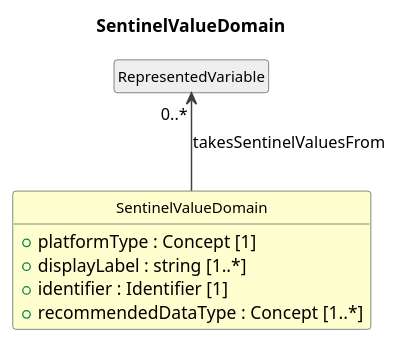
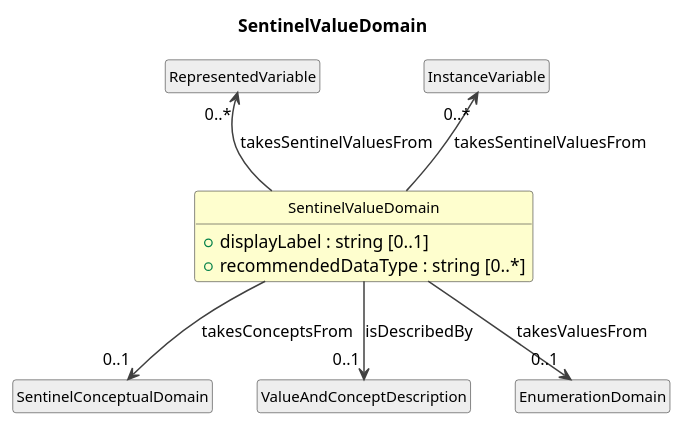
Before and after one commit to Cross-Domain-Interoperability-Framework/metadataBuildingBlocks: the diagram in cdif-uml-model/CDIFDataStructure/Classes/SentinelValueDomain.pu, drawn with PlantUML. The commit also changed 504 other files, not shown here.

First line of the commit message:
Regenerate cdif-uml-model browser from current profile configs

```diff
--- a/cdif-uml-model/CDIFDataStructure/Classes/SentinelValueDomain.pu
+++ b/cdif-uml-model/CDIFDataStructure/Classes/SentinelValueDomain.pu
@@ -1,22 +1,28 @@
 @startuml
 title SentinelValueDomain
 hide circle
 hide empty members
 skinparam shadowing false
 skinparam ArrowThickness 1.2
 skinparam class {
   ArrowColor #404040
   BorderColor #404040
   FontSize 12
 }
 
 class "SentinelValueDomain" as SentinelValueDomain #FEFECE {
-  +platformType : Concept [1]
-  +displayLabel : string [1..*]
-  +identifier : Identifier [1]
-  +recommendedDataType : Concept [1..*]
+  +displayLabel : string [0..1]
+  +recommendedDataType : string [0..*]
 }
 class "RepresentedVariable" as RepresentedVariable #EEEEEE
 RepresentedVariable "0..*" <-- SentinelValueDomain : takesSentinelValuesFrom
+class "InstanceVariable" as InstanceVariable #EEEEEE
+InstanceVariable "0..*" <-- SentinelValueDomain : takesSentinelValuesFrom
+class "SentinelConceptualDomain" as SentinelConceptualDomain #EEEEEE
+SentinelValueDomain --> "0..1" SentinelConceptualDomain : takesConceptsFrom
+class "ValueAndConceptDescription" as ValueAndConceptDescription #EEEEEE
+SentinelValueDomain --> "0..1" ValueAndConceptDescription : isDescribedBy
+class "EnumerationDomain" as EnumerationDomain #EEEEEE
+SentinelValueDomain --> "0..1" EnumerationDomain : takesValuesFrom
 
 @enduml
```
